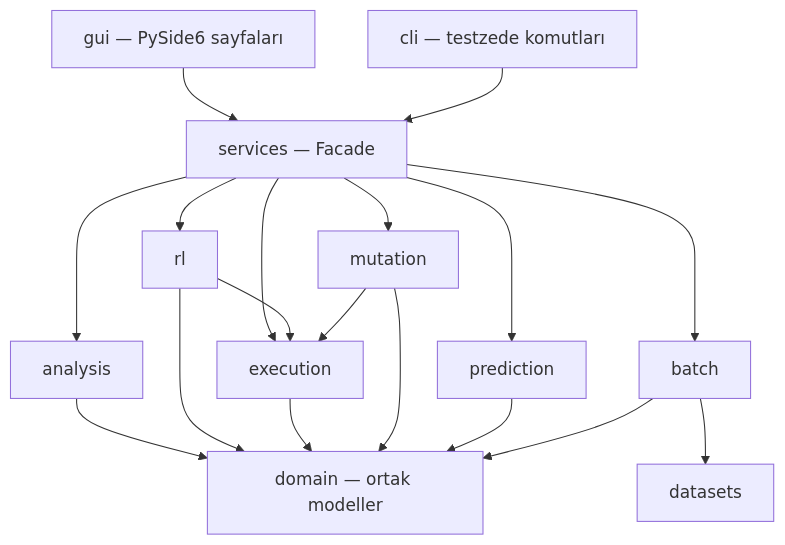
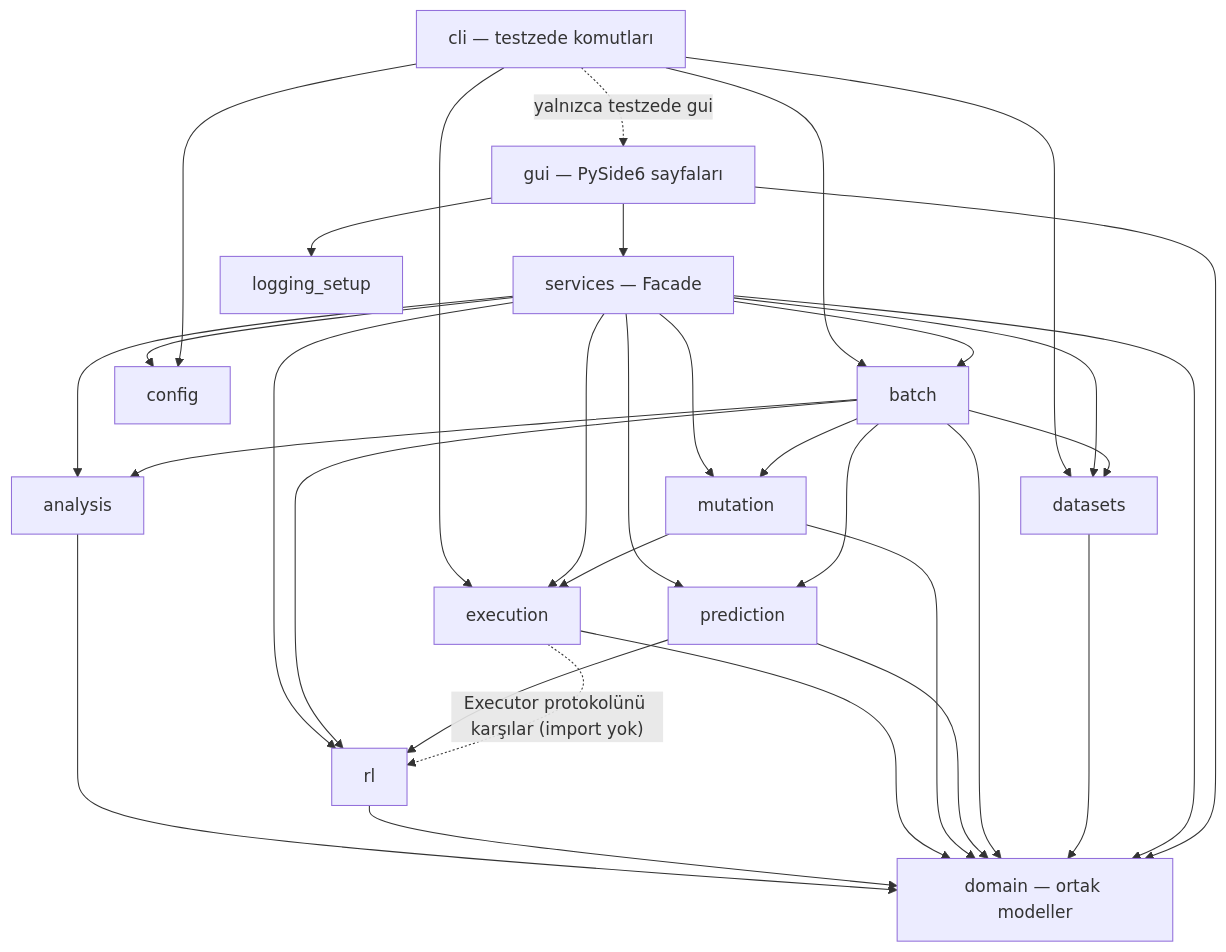
The diagram in ARCHITECTURE.md (burakarikan17/TestZede), drawn with Mermaid before and after one commit. The commit also changed other lines of this file and 4 other files, not shown here.

First line of the commit message:
docs(architecture): align ARCHITECTURE.md with the code (SDD §9 T1-T10)

````diff
--- a/ARCHITECTURE.md
+++ b/ARCHITECTURE.md
@@ -8,15 +10,22 @@
 ```mermaid
 flowchart TD
     GUI[gui — PySide6 sayfaları] --> SVC[services — Facade]
-    CLI[cli — testzede komutları] --> SVC
+    CLI[cli — testzede komutları] --> BA[batch]
+    CLI --> DS[datasets]
+    CLI --> EX[execution]
+    CLI -. "yalnızca testzede gui" .-> GUI
     SVC --> AN[analysis]
     SVC --> RL[rl]
-    SVC --> EX[execution]
+    SVC --> EX
     SVC --> MU[mutation]
     SVC --> PR[prediction]
-    SVC --> BA[batch]
-    RL --> EX
+    SVC --> BA
+    SVC --> DS
+    BA --> AN & DS & MU & PR & RL
+    PR --> RL
     MU --> EX
-    BA --> DS[datasets]
-    AN & RL & EX & MU & PR & BA --> DOM[domain — ortak modeller]
+    EX -. "Executor protokolünü karşılar (import yok)" .-> RL
+    AN & RL & EX & MU & PR & BA & DS & SVC & GUI --> DOM[domain — ortak modeller]
+    SVC & CLI --> CFG[config]
+    GUI --> LOG[logging_setup]
 ```
````
